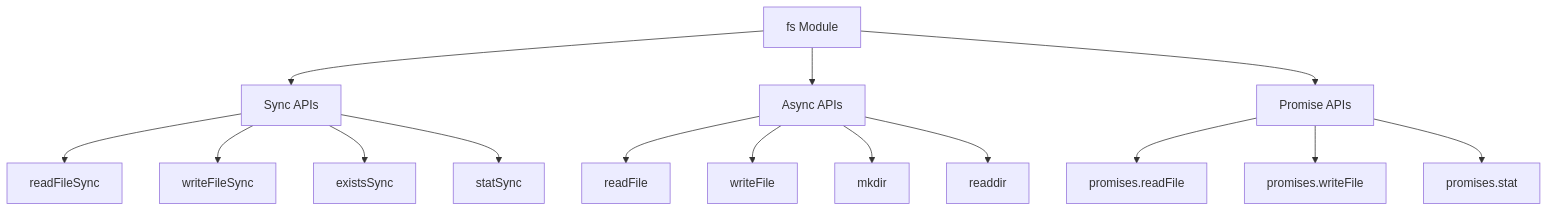
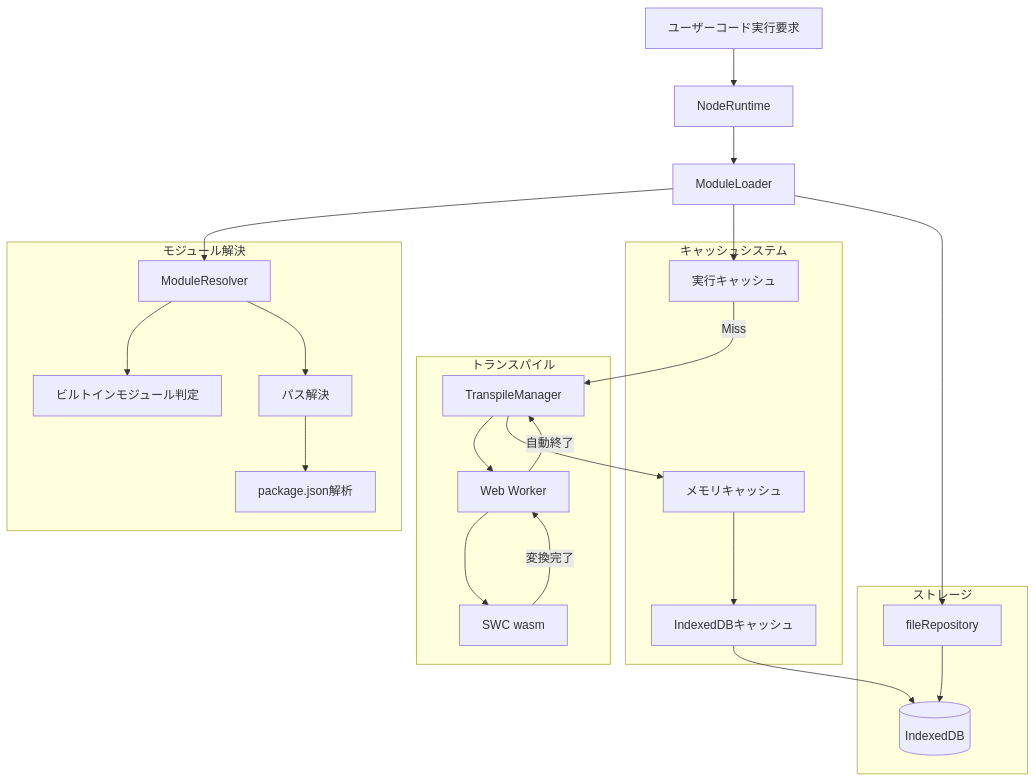
One commit to Stasshe/Pyxis-CodeCanvas changed the first of 12 diagrams in docs/NODE-RUNTIME.md. Above: the diagram before and after it, drawn with Mermaid. The commit also changed other lines of this file and 4 other files, not shown here.

````diff
--- a/docs/NODE-RUNTIME.md
+++ b/docs/NODE-RUNTIME.md
@@ -193,20 +30,53 @@
 ```mermaid
 graph TB
-    A[fs Module] --> B[Sync APIs]
-    A --> C[Async APIs]
-    A --> D[Promise APIs]
+    UserCode[ユーザーコード実行要求]
+    NodeRuntime[NodeRuntime]
+    ModuleLoader[ModuleLoader]
     
-    B --> B1[readFileSync]
-    B --> B2[writeFileSync]
-    B --> B3[existsSync]
-    B --> B4[statSync]
+    subgraph Resolution[モジュール解決]
+        Resolver[ModuleResolver]
+        BuiltIn[ビルトインモジュール判定]
+        PathResolve[パス解決]
+        PackageJSON[package.json解析]
+    end
     
-    C --> C1[readFile]
-    C --> C2[writeFile]
-    C --> C3[mkdir]
-    C --> C4[readdir]
+    subgraph Transpile[トランスパイル]
+        Manager[TranspileManager]
+        Worker[Web Worker]
+        SWC[SWC wasm]
+    end
     
-    D --> D1[promises.readFile]
-    D --> D2[promises.writeFile]
-    D --> D3[promises.stat]
+    subgraph Cache[キャッシュシステム]
+        ExecCache[実行キャッシュ]
+        MemCache[メモリキャッシュ]
+        DiskCache[IndexedDBキャッシュ]
+    end
+    
+    subgraph Storage[ストレージ]
+        FileRepo[fileRepository]
+        IndexedDB[(IndexedDB)]
+    end
+    
+    UserCode --> NodeRuntime
+    NodeRuntime --> ModuleLoader
+    
+    ModuleLoader --> Resolver
+    Resolver --> BuiltIn
+    Resolver --> PathResolve
+    PathResolve --> PackageJSON
+    
+    ModuleLoader --> ExecCache
+    ExecCache -->|Miss| Manager
+    
+    Manager --> Worker
+    Worker --> SWC
+    SWC -->|変換完了| Worker
+    Worker -->|自動終了| Manager
+    
+    Manager --> MemCache
+    MemCache --> DiskCache
+    DiskCache --> IndexedDB
+    
+    ModuleLoader --> FileRepo
+    FileRepo --> IndexedDB
 ```
````
